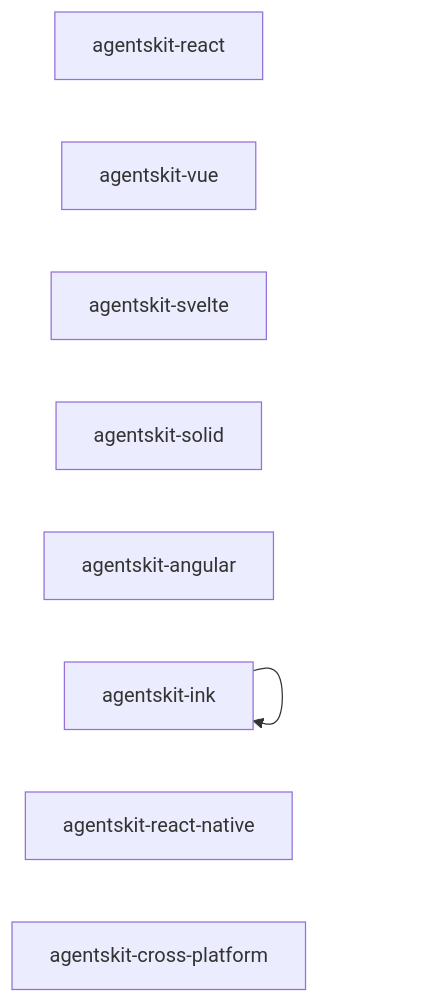
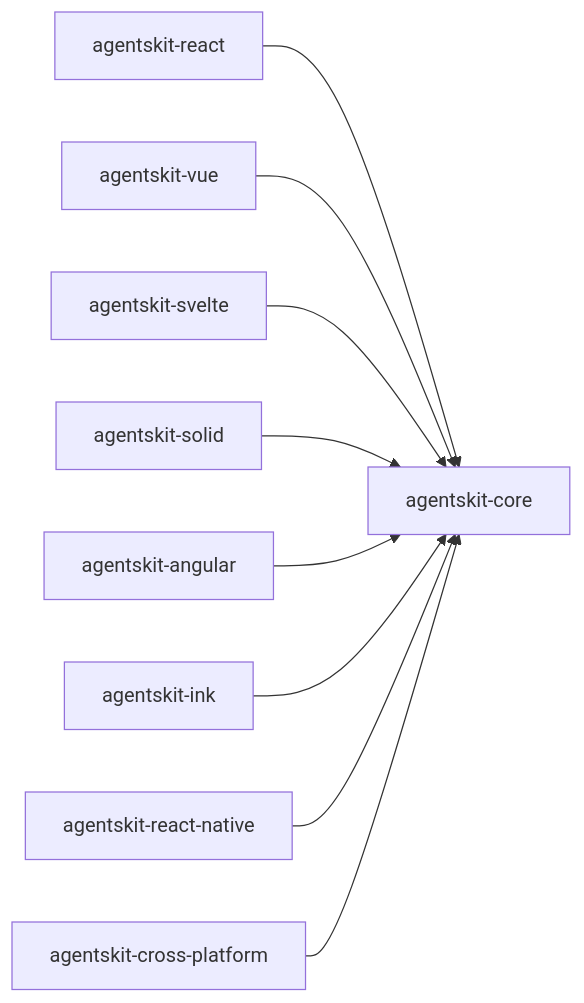
The diagram in .brain/repos/agentskit/grupos/Interfaces/00 Grupo - agentskit - Interfaces.md (AgentsKit-io/agentskit), drawn with Mermaid before and after one commit. The commit also changed other lines of this file and 43 other files, not shown here.

````diff
--- a/.brain/repos/agentskit/grupos/Interfaces/00 Grupo - agentskit - Interfaces.md
+++ b/.brain/repos/agentskit/grupos/Interfaces/00 Grupo - agentskit - Interfaces.md
@@ -27,12 +27,11 @@
 ```mermaid
 flowchart LR
-  react[agentskit-react]
-  vue[agentskit-vue]
-  svelte[agentskit-svelte]
-  solid[agentskit-solid]
-  angular[agentskit-angular]
-  ink[agentskit-ink]
-  react-native[agentskit-react-native]
-  cross-platform[agentskit-cross-platform]
-  ink --> ink
+  react[agentskit-react] --> core[agentskit-core]
+  vue[agentskit-vue] --> core
+  svelte[agentskit-svelte] --> core
+  solid[agentskit-solid] --> core
+  angular[agentskit-angular] --> core
+  ink[agentskit-ink] --> core
+  react-native[agentskit-react-native] --> core
+  cross-platform[agentskit-cross-platform] --> core
 ```
````
